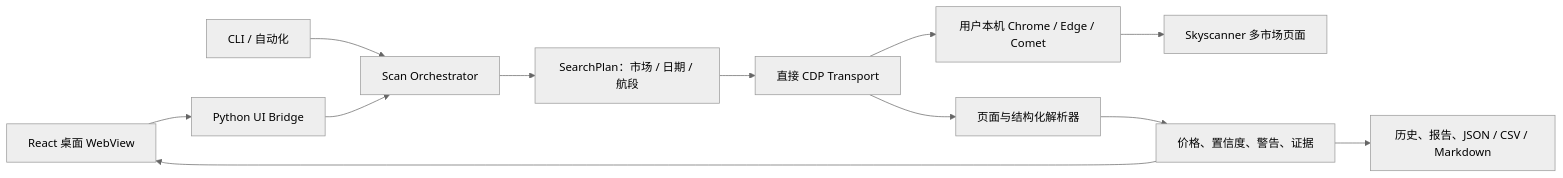
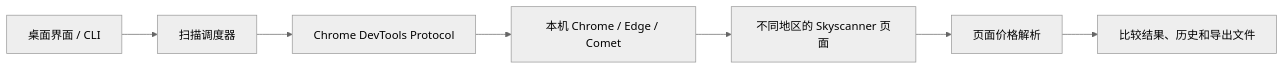
Before and after one commit to Chenke0023/skyscanner_multi_domain: the diagram in README.md, drawn with Mermaid (neutral theme). The commit also changed other lines of this file, not shown here.

````diff
--- a/README.md
+++ b/README.md
@@ -43,14 +34,9 @@
 ```mermaid
 flowchart LR
-    UI["React 桌面 WebView"] --> Bridge["Python UI Bridge"]
-    CLI["CLI / 自动化"] --> Scan["Scan Orchestrator"]
-    Bridge --> Scan
-    Scan --> Plan["SearchPlan：市场 / 日期 / 航段"]
-    Plan --> CDP["直接 CDP Transport"]
-    CDP --> Browser["用户本机 Chrome / Edge / Comet"]
-    Browser --> Markets["Skyscanner 多市场页面"]
-    CDP --> Parser["页面与结构化解析器"]
-    Parser --> Evidence["价格、置信度、警告、证据"]
-    Evidence --> UI
-    Evidence --> Store["历史、报告、JSON / CSV / Markdown"]
+    UI["桌面界面 / CLI"] --> Scan["扫描调度器"]
+    Scan --> CDP["Chrome DevTools Protocol"]
+    CDP --> Browser["本机 Chrome / Edge / Comet"]
+    Browser --> Markets["不同地区的 Skyscanner 页面"]
+    Markets --> Parser["页面价格解析"]
+    Parser --> Results["比较结果、历史和导出文件"]
 ```
````
